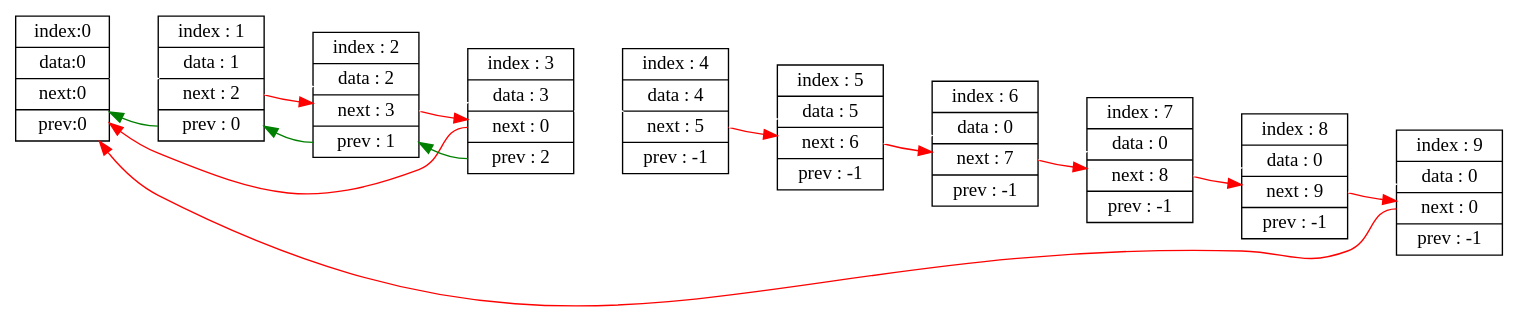
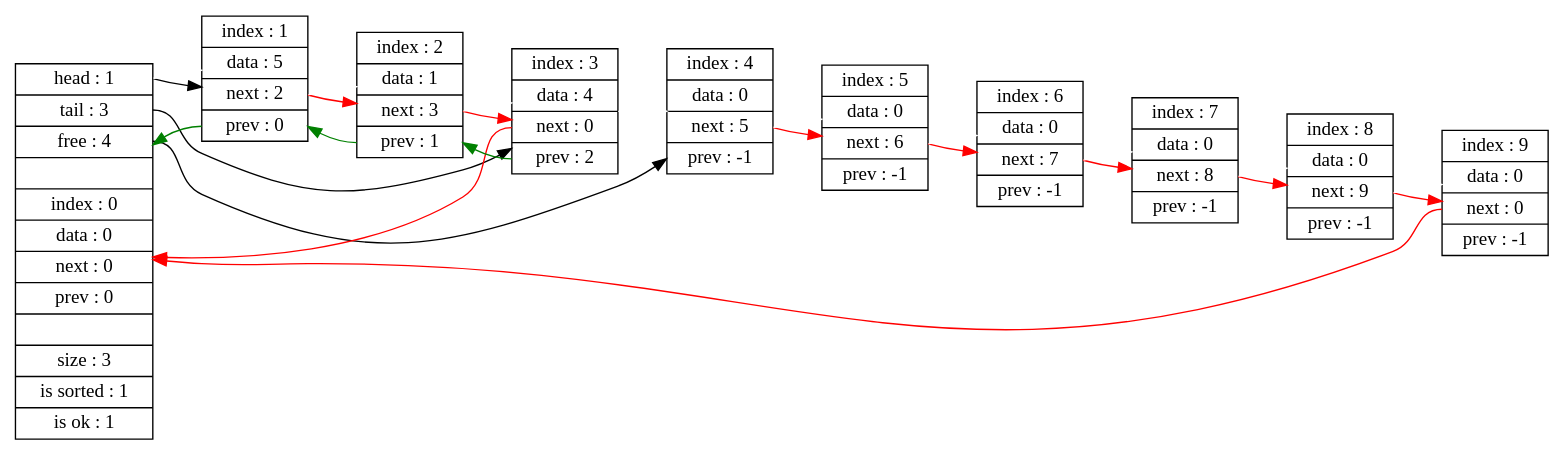
Before and after one commit to vian96/study_tasks: the diagram in list/list_dump.gv, drawn with Graphviz. The commit also changed 7 other files, not shown here.

```diff
--- a/list/list_dump.gv
+++ b/list/list_dump.gv
@@ -1,47 +1,50 @@
 # This is automatically generated dump of list
 digraph D
     {
     rankdir=LR;
     node [shape=record];
 
 
-    node0[label = "index:0 | data:0 | next:0 | prev:0"];
+    node0:<head> -> node1 [constraint=false];
+    node0:<tail> -> node3 [constraint=false];
+    node0:<free> -> node4 [constraint=false];
+    node0[label = "<head> head : 1 | <tail> tail : 3 | <free> free : 4 | | index : 0 | data : 0 | next : 0 | prev : 0 | | size : 3 | is sorted : 1 | is ok : 1"];
 
-    node1[shape=record label = "<i> index : 1 | <d> data : 1 | <n> next : 2 | <p> prev : 0"];
+    node1[shape=record label = "<i> index : 1 | <d> data : 5 | <n> next : 2 | <p> prev : 0"];
     node1:<n> -> node2 [color=red constraint=false];
     node1:<p> -> node0 [color=green constraint=false];
 
-    node2[shape=record label = "<i> index : 2 | <d> data : 2 | <n> next : 3 | <p> prev : 1"];
+    node2[shape=record label = "<i> index : 2 | <d> data : 1 | <n> next : 3 | <p> prev : 1"];
     node2:<n> -> node3 [color=red constraint=false];
     node2:<p> -> node1 [color=green constraint=false];
 
-    node3[shape=record label = "<i> index : 3 | <d> data : 3 | <n> next : 0 | <p> prev : 2"];
+    node3[shape=record label = "<i> index : 3 | <d> data : 4 | <n> next : 0 | <p> prev : 2"];
     node3:<n> -> node0 [color=red constraint=false];
     node3:<p> -> node2 [color=green constraint=false];
 
-    node4[shape=record label = "<i> index : 4 | <d> data : 4 | <n> next : 5 | <p> prev : -1"];
+    node4[shape=record label = "<i> index : 4 | <d> data : 0 | <n> next : 5 | <p> prev : -1"];
     node4:<n> -> node5 [color=red constraint=false];
-    node5[shape=record label = "<i> index : 5 | <d> data : 5 | <n> next : 6 | <p> prev : -1"];
+    node5[shape=record label = "<i> index : 5 | <d> data : 0 | <n> next : 6 | <p> prev : -1"];
     node5:<n> -> node6 [color=red constraint=false];
     node6[shape=record label = "<i> index : 6 | <d> data : 0 | <n> next : 7 | <p> prev : -1"];
     node6:<n> -> node7 [color=red constraint=false];
     node7[shape=record label = "<i> index : 7 | <d> data : 0 | <n> next : 8 | <p> prev : -1"];
     node7:<n> -> node8 [color=red constraint=false];
     node8[shape=record label = "<i> index : 8 | <d> data : 0 | <n> next : 9 | <p> prev : -1"];
     node8:<n> -> node9 [color=red constraint=false];
     node9[shape=record label = "<i> index : 9 | <d> data : 0 | <n> next : 0 | <p> prev : -1"];
     node9:<n> -> node0 [color=red constraint=false];
         {
         edge[color=white]
         node0 -> node1
         node1 -> node2
         node2 -> node3
         node3 -> node4
         node4 -> node5
         node5 -> node6
         node6 -> node7
         node7 -> node8
         node8 -> node9
         }
 
     }
```
